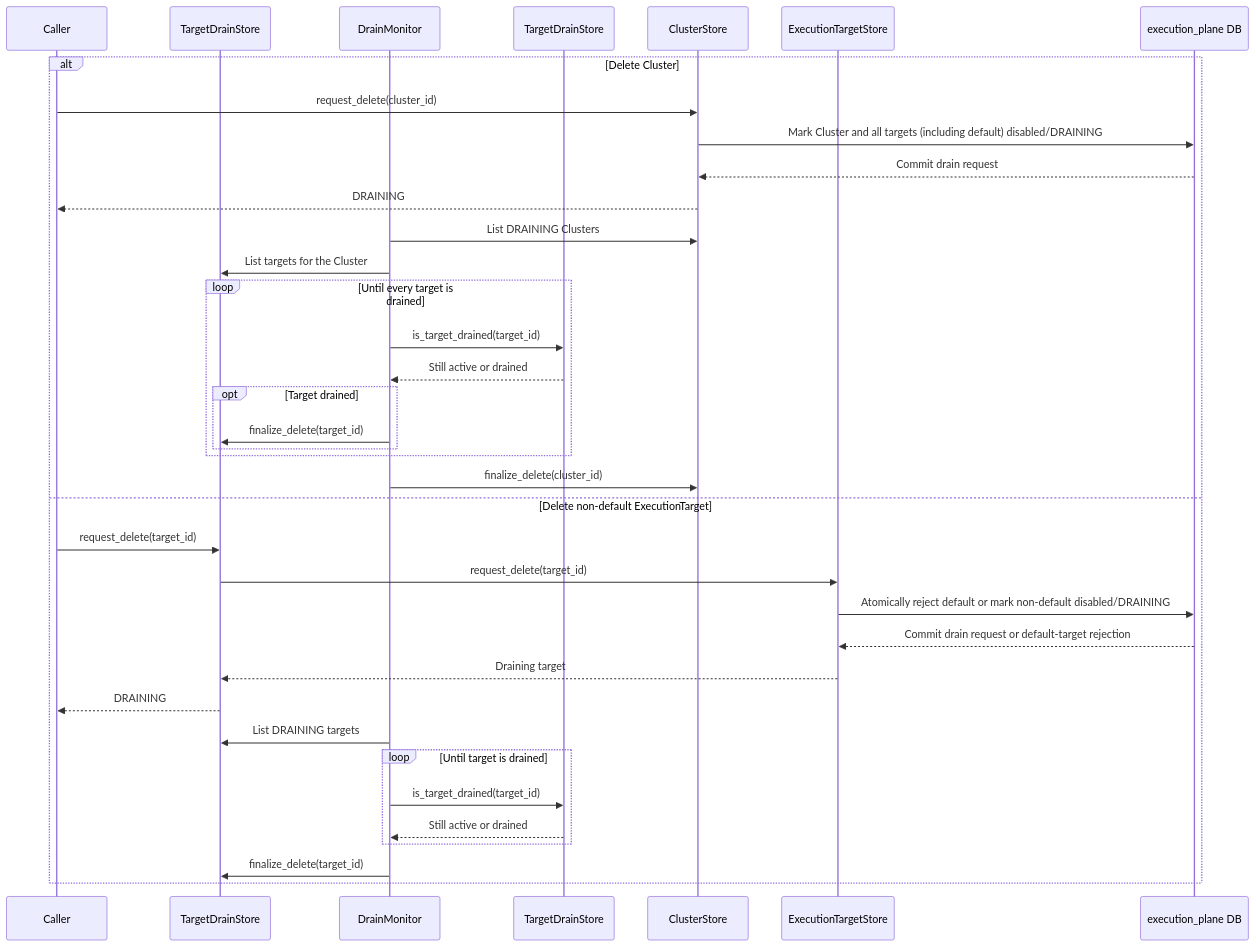
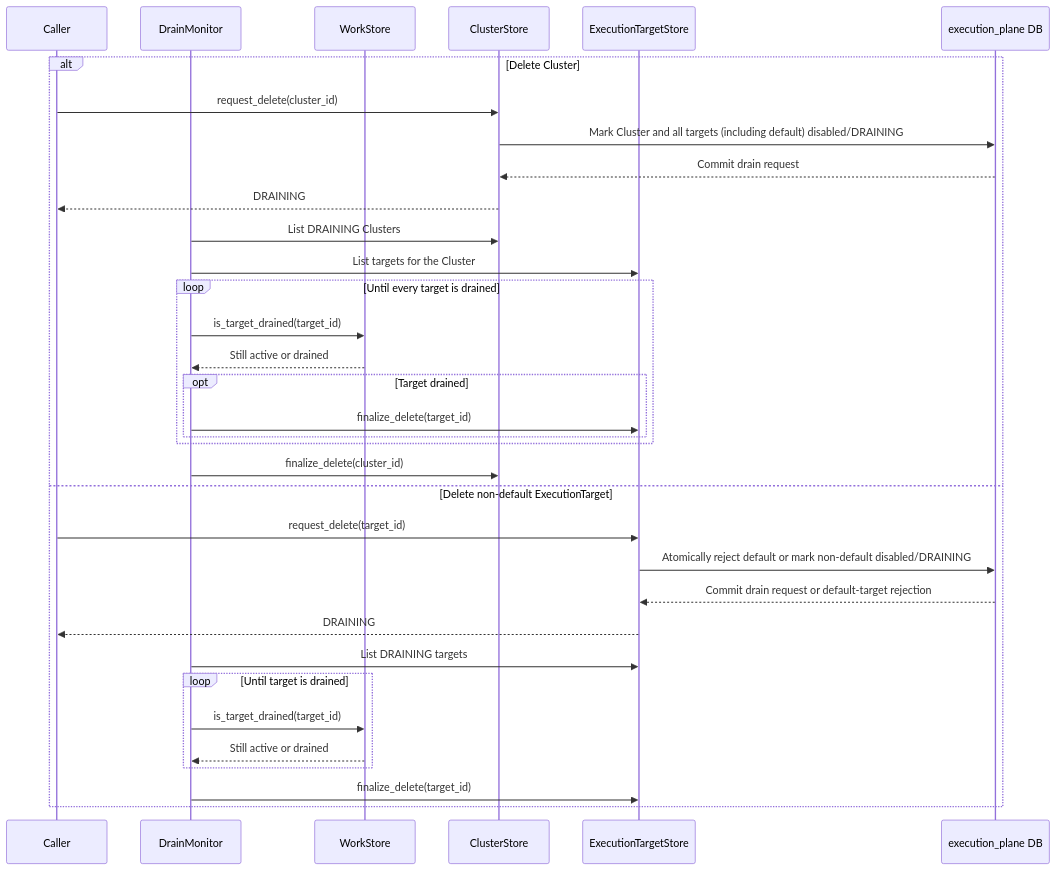
One commit to AlanCoding/syntara-execution-plane changed the fourth of 5 diagrams in docs/cluster-and-target-services.md. Above: the diagram before and after it, drawn with Mermaid. The commit also changed other lines of this file and 26 other files, not shown here.

````diff
--- a/docs/cluster-and-target-services.md
+++ b/docs/cluster-and-target-services.md
@@ -308,40 +308,37 @@
 ```mermaid
 sequenceDiagram
     participant C as Caller
-    participant TR as TargetDrainStore
     participant DM as DrainMonitor
-    participant WR as TargetDrainStore
+    participant WR as WorkStore
     participant CS as ClusterStore
     participant TS as ExecutionTargetStore
     participant DB as execution_plane DB
 
     alt Delete Cluster
         C->>CS: request_delete(cluster_id)
         CS->>DB: Mark Cluster and all targets (including default) disabled/DRAINING
         DB-->>CS: Commit drain request
         CS-->>C: DRAINING
         DM->>CS: List DRAINING Clusters
-        DM->>TR: List targets for the Cluster
+        DM->>TS: List targets for the Cluster
         loop Until every target is drained
             DM->>WR: is_target_drained(target_id)
             WR-->>DM: Still active or drained
             opt Target drained
-                DM->>TR: finalize_delete(target_id)
+                DM->>TS: finalize_delete(target_id)
             end
         end
         DM->>CS: finalize_delete(cluster_id)
     else Delete non-default ExecutionTarget
-        C->>TR: request_delete(target_id)
-        TR->>TS: request_delete(target_id)
+        C->>TS: request_delete(target_id)
         TS->>DB: Atomically reject default or mark non-default disabled/DRAINING
         DB-->>TS: Commit drain request or default-target rejection
-        TS-->>TR: Draining target
-        TR-->>C: DRAINING
-        DM->>TR: List DRAINING targets
+        TS-->>C: DRAINING
+        DM->>TS: List DRAINING targets
         loop Until target is drained
             DM->>WR: is_target_drained(target_id)
             WR-->>DM: Still active or drained
         end
-        DM->>TR: finalize_delete(target_id)
+        DM->>TS: finalize_delete(target_id)
     end
 ```
````
